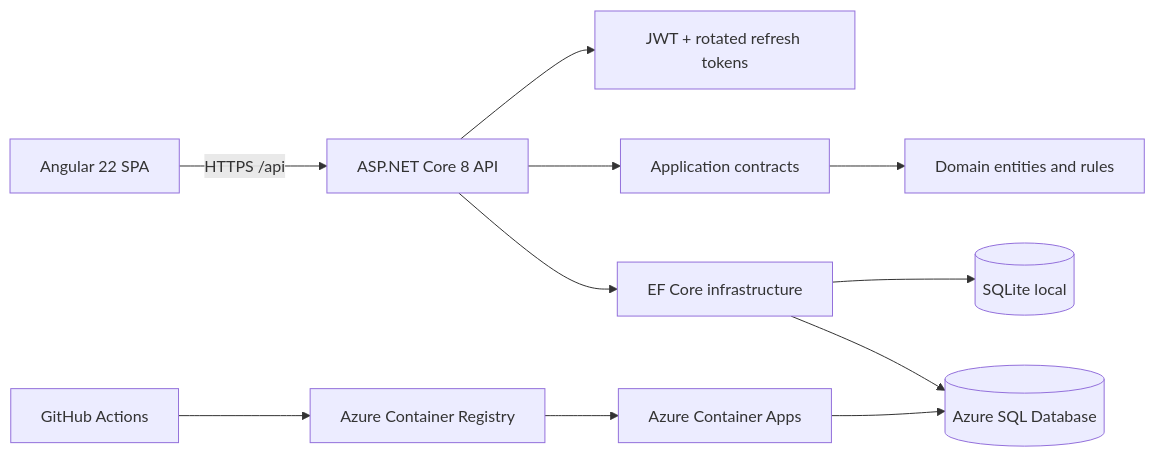
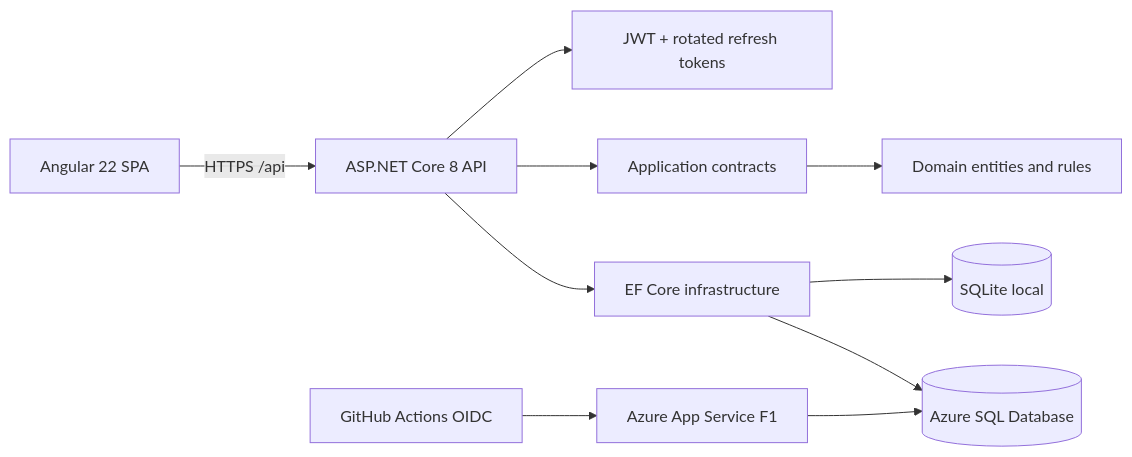
One commit to tanapotc/cloudtrack changed the diagram in README.md. Above: the diagram before and after it, drawn with Mermaid. The commit also changed other lines of this file and 7 other files, not shown here.

Commit message:
refactor(azure): migrate hosting to App Service

````diff
--- a/README.md
+++ b/README.md
@@ -21,13 +23,12 @@
 ```mermaid
 flowchart LR
   Browser[Angular 22 SPA] -->|HTTPS /api| API[ASP.NET Core 8 API]
   API --> Auth[JWT + rotated refresh tokens]
   API --> App[Application contracts]
   App --> Domain[Domain entities and rules]
   API --> Infra[EF Core infrastructure]
   Infra --> Local[(SQLite local)]
   Infra --> Cloud[(Azure SQL Database)]
-  Actions[GitHub Actions] --> Registry[Azure Container Registry]
-  Registry --> Container[Azure Container Apps]
-  Container --> Cloud
+  Actions[GitHub Actions OIDC] --> WebApp[Azure App Service F1]
+  WebApp --> Cloud
 ```
````
